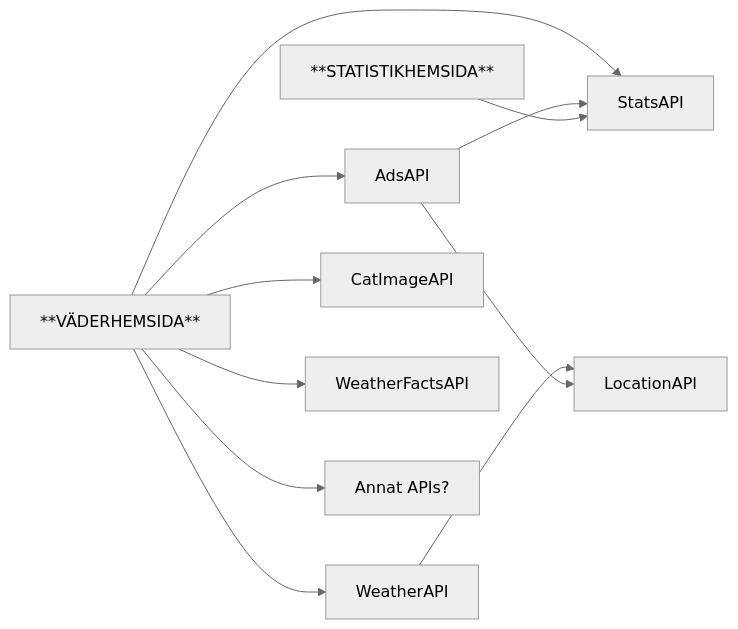
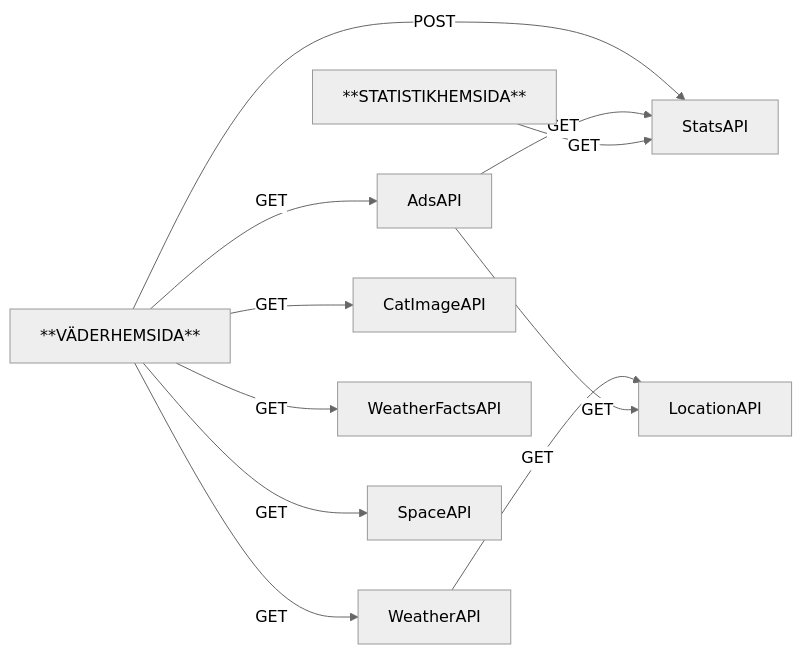
One commit to suvnet25/classroom changed the diagram in docs/lektioner/oop2/v04/lektion12/workshop.md. Above: the diagram before and after it, drawn with Mermaid (neutral theme). The commit also changed other lines of this file, not shown here.

````diff
--- a/docs/lektioner/oop2/v04/lektion12/workshop.md
+++ b/docs/lektioner/oop2/v04/lektion12/workshop.md
@@ -25,13 +26,13 @@
 ```mermaid
 graph LR
-    A[WeatherAPI] --> L[LocationAPI]
-    C --> S[StatsAPI]
-    Ad[AdsAPI] --> L
-    Ad --> S
-    B[**STATISTIKHEMSIDA**] --> S
-    C[**VÄDERHEMSIDA**] --> A
-    C --> Ad
-    C --> Cat[CatImageAPI]
-    C --> F[WeatherFactsAPI]
-    C --> ApiX[Annat APIs?]
+    A[WeatherAPI] -- GET --> L[LocationAPI]
+    H -- POST --> S[StatsAPI]
+    Ad[AdsAPI] -- GET --> L
+    Ad -- GET --> S
+    B[**STATISTIKHEMSIDA**] -- GET --> S
+    H[**VÄDERHEMSIDA**] -- GET --> A
+    H -- GET --> Ad
+    H -- GET --> Cat[CatImageAPI]
+    H -- GET --> F[WeatherFactsAPI]
+    H -- GET --> SpaceAPI[SpaceAPI]
 ```
````
